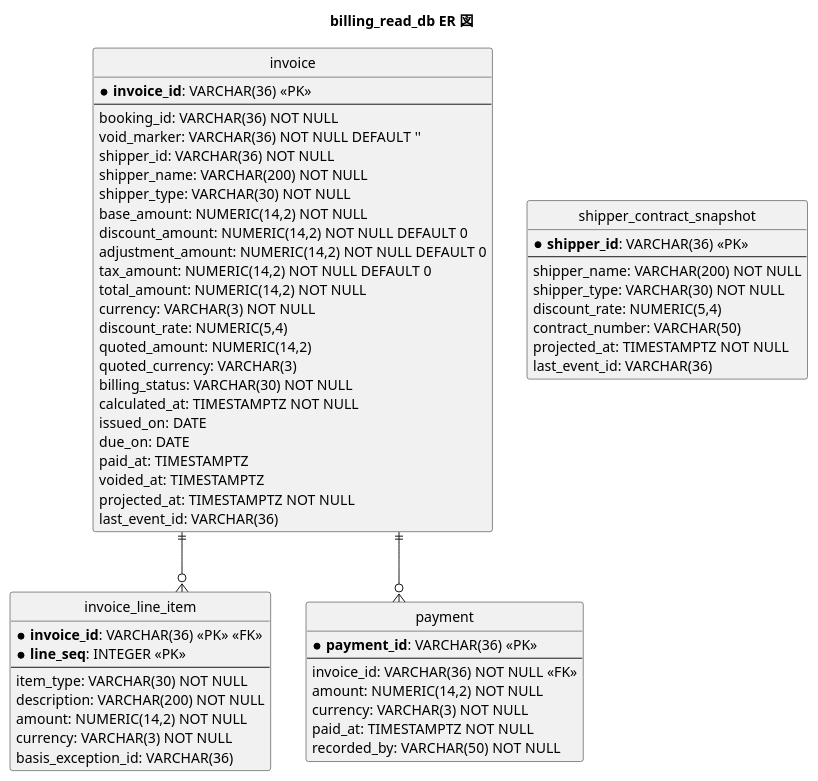
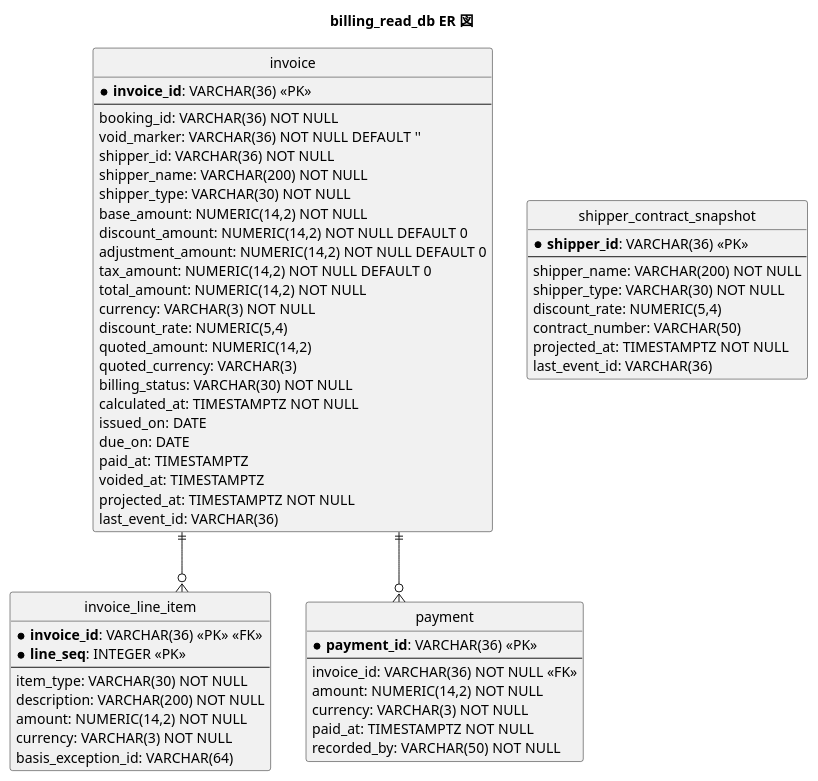
The eighth of 10 diagrams in docs/design/cargo-tracker/data-model.md (k2works/case-study-cargo-tracker), drawn with PlantUML before and after one commit. The commit also changed other lines of this file and 30 other files, not shown here.

````diff
--- a/docs/design/cargo-tracker/data-model.md
+++ b/docs/design/cargo-tracker/data-model.md
@@ -662,70 +662,70 @@
 ```plantuml
 @startuml
 title billing_read_db ER 図
 
 hide circle
 skinparam linetype ortho
 
 entity "invoice" as inv {
   * **invoice_id**: VARCHAR(36) <<PK>>
   --
   booking_id: VARCHAR(36) NOT NULL
   void_marker: VARCHAR(36) NOT NULL DEFAULT ''
   shipper_id: VARCHAR(36) NOT NULL
   shipper_name: VARCHAR(200) NOT NULL
   shipper_type: VARCHAR(30) NOT NULL
   base_amount: NUMERIC(14,2) NOT NULL
   discount_amount: NUMERIC(14,2) NOT NULL DEFAULT 0
   adjustment_amount: NUMERIC(14,2) NOT NULL DEFAULT 0
   tax_amount: NUMERIC(14,2) NOT NULL DEFAULT 0
   total_amount: NUMERIC(14,2) NOT NULL
   currency: VARCHAR(3) NOT NULL
   discount_rate: NUMERIC(5,4)
   quoted_amount: NUMERIC(14,2)
   quoted_currency: VARCHAR(3)
   billing_status: VARCHAR(30) NOT NULL
   calculated_at: TIMESTAMPTZ NOT NULL
   issued_on: DATE
   due_on: DATE
   paid_at: TIMESTAMPTZ
   voided_at: TIMESTAMPTZ
   projected_at: TIMESTAMPTZ NOT NULL
   last_event_id: VARCHAR(36)
 }
 
 entity "invoice_line_item" as li {
   * **invoice_id**: VARCHAR(36) <<PK>> <<FK>>
   * **line_seq**: INTEGER <<PK>>
   --
   item_type: VARCHAR(30) NOT NULL
   description: VARCHAR(200) NOT NULL
   amount: NUMERIC(14,2) NOT NULL
   currency: VARCHAR(3) NOT NULL
-  basis_exception_id: VARCHAR(36)
+  basis_exception_id: VARCHAR(64)
 }
 
 entity "payment" as pay {
   * **payment_id**: VARCHAR(36) <<PK>>
   --
   invoice_id: VARCHAR(36) NOT NULL <<FK>>
   amount: NUMERIC(14,2) NOT NULL
   currency: VARCHAR(3) NOT NULL
   paid_at: TIMESTAMPTZ NOT NULL
   recorded_by: VARCHAR(50) NOT NULL
 }
 
 entity "shipper_contract_snapshot" as scs {
   * **shipper_id**: VARCHAR(36) <<PK>>
   --
   shipper_name: VARCHAR(200) NOT NULL
   shipper_type: VARCHAR(30) NOT NULL
   discount_rate: NUMERIC(5,4)
   contract_number: VARCHAR(50)
   projected_at: TIMESTAMPTZ NOT NULL
   last_event_id: VARCHAR(36)
 }
 
 inv ||--o{ li
 inv ||--o{ pay
 @enduml
 ```
````
